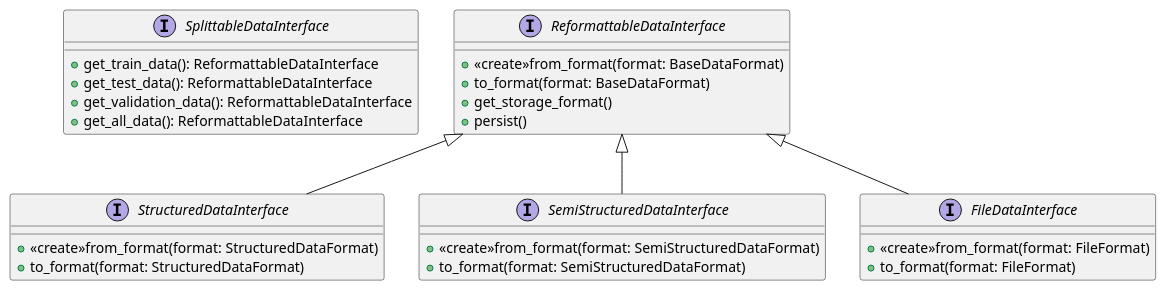
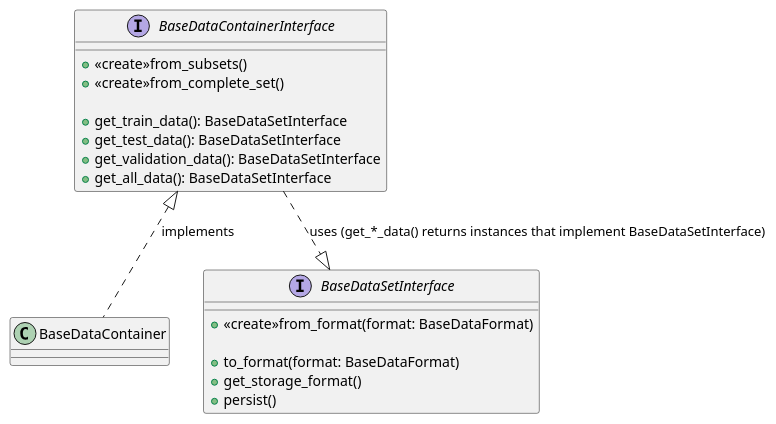
The diagram in docs/uml/data_interfaces.puml (tloeber/ML-interfaces), drawn with PlantUML before and after one commit. The commit also changed 4 other files, not shown here.

```diff
--- a/docs/uml/data_interfaces.puml
+++ b/docs/uml/data_interfaces.puml
@@ -1,36 +1,27 @@
 @startuml
 
-interface SplittableDataInterface {
-  +get_train_data(): ReformattableDataInterface
-  +get_test_data(): ReformattableDataInterface
-  +get_validation_data(): ReformattableDataInterface
-  +get_all_data(): ReformattableDataInterface
+interface BaseDataContainerInterface {
+  +<<create>>from_subsets()
+  +<<create>>from_complete_set()
+
+  +get_train_data(): BaseDataSetInterface
+  +get_test_data(): BaseDataSetInterface
+  +get_validation_data(): BaseDataSetInterface
+  +get_all_data(): BaseDataSetInterface
 }
 
-interface ReformattableDataInterface {
+class BaseDataContainer
+BaseDataContainerInterface <|.. BaseDataContainer : implements
+
+interface BaseDataSetInterface{
   +<<create>>from_format(format: BaseDataFormat)
+
   +to_format(format: BaseDataFormat)
   +get_storage_format()
   +persist()
 }
 
-ReformattableDataInterface <|-- StructuredDataInterface
-ReformattableDataInterface <|-- SemiStructuredDataInterface
-ReformattableDataInterface <|-- FileDataInterface
 
-interface StructuredDataInterface {
-  +<<create>>from_format(format: StructuredDataFormat)
-  +to_format(format: StructuredDataFormat)
-}
-
-interface SemiStructuredDataInterface {
-  +<<create>>from_format(format: SemiStructuredDataFormat)
-  +to_format(format: SemiStructuredDataFormat)
-}
-
-interface FileDataInterface {
-  +<<create>>from_format(format: FileFormat)
-  +to_format(format: FileFormat)
-}
+BaseDataContainerInterface ..|> BaseDataSetInterface: uses (get_*_data() returns instances that implement BaseDataSetInterface)
 
 @enduml
```
